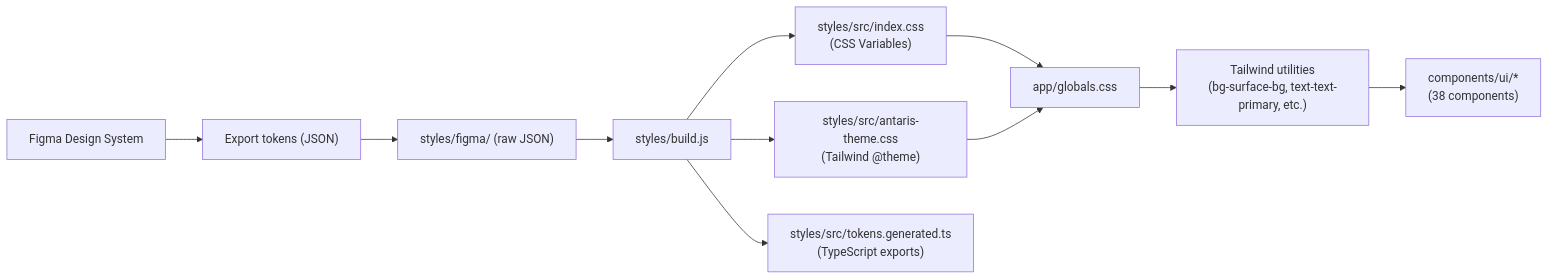
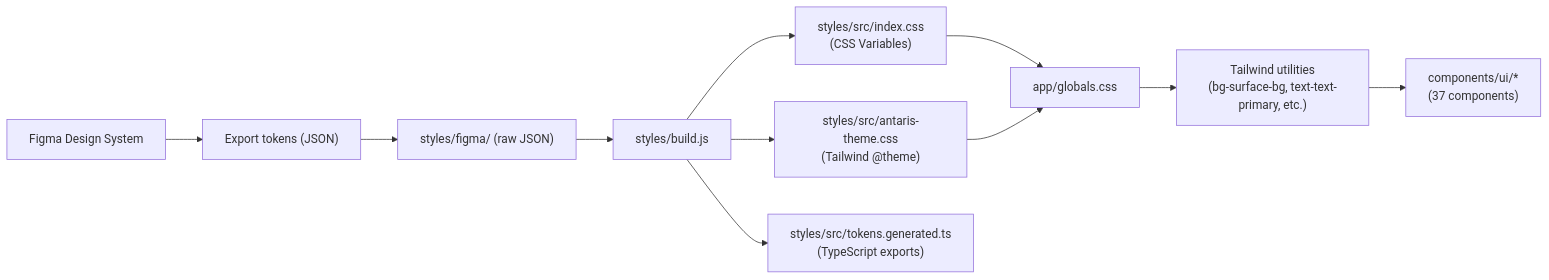
One commit to flyingheart1997/antaris-demo changed the diagram in docs/features/design-system.md. Above: the diagram before and after it, drawn with Mermaid. The commit also changed other lines of this file and 32 other files, not shown here.

````diff
--- a/docs/features/design-system.md
+++ b/docs/features/design-system.md
@@ -10,13 +10,13 @@
 ```mermaid
 graph LR
     A["Figma Design System"] --> B["Export tokens (JSON)"]
     B --> C["styles/figma/ (raw JSON)"]
     C --> D["styles/build.js"]
     D --> E["styles/src/index.css<br/>(CSS Variables)"]
     D --> F["styles/src/antaris-theme.css<br/>(Tailwind @theme)"]
     D --> G["styles/src/tokens.generated.ts<br/>(TypeScript exports)"]
     E --> H["app/globals.css"]
     F --> H
     H --> I["Tailwind utilities<br/>(bg-surface-bg, text-text-primary, etc.)"]
-    I --> J["components/ui/*<br/>(38 components)"]
+    I --> J["components/ui/*<br/>(37 components)"]
 ```
````
